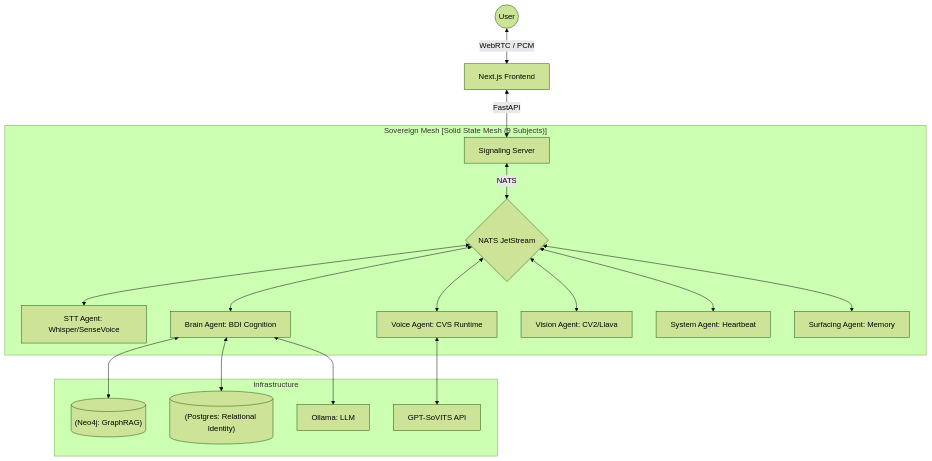
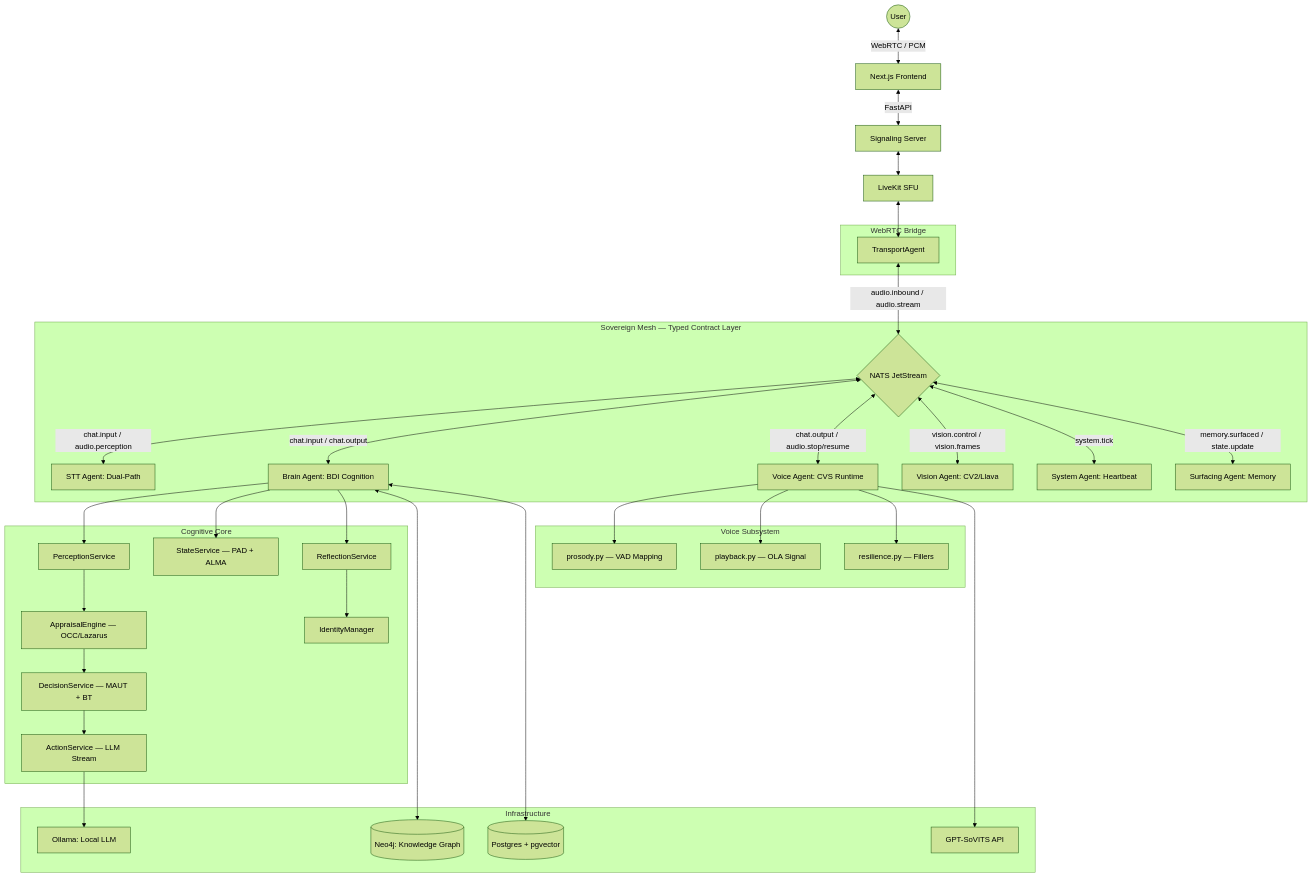
Before and after one commit to Aniket-a14/AI_friend: the first of 2 diagrams in README.md, drawn with Mermaid (forest theme). The commit also changed other lines of this file and 27 other files, not shown here.

Commit message:
chore: CVS-1.0 AI Mesh contracts, SenseVoice API fix, and observability hardening

````diff
--- a/README.md
+++ b/README.md
@@ -49,22 +49,53 @@
 ```mermaid
 graph TD
     User((User)) <--> |"WebRTC / PCM"| Frontend["Next.js Frontend"]
     Frontend <--> |"FastAPI"| Signaling["Signaling Server"]
-    
-    subgraph "Sovereign Mesh [Solid State Mesh (9 Subjects)]"
-        Signaling <--> |"NATS"| Bus{"NATS JetStream"}
-        Bus <--> STT["STT Agent: Whisper/SenseVoice"]
-        Bus <--> Brain["Brain Agent: BDI Cognition"]
-        Bus <--> Voice["Voice Agent: CVS Runtime"]
-        Bus <--> Vision["Vision Agent: CV2/Llava"]
-        Bus <--> Pulse["System Agent: Heartbeat"]
-        Bus <--> Recall["Surfacing Agent: Memory"]
+
+    subgraph "WebRTC Bridge"
+        Transport["TransportAgent"]
     end
-    
+
+    Signaling <--> LK["LiveKit SFU"]
+    LK <--> Transport
+
+    subgraph "Sovereign Mesh — Typed Contract Layer"
+        Transport <--> |"audio.inbound / audio.stream"| Bus{"NATS JetStream"}
+        Bus <--> |"chat.input / audio.perception"| STT["STT Agent: Dual-Path"]
+        Bus <--> |"chat.input / chat.output"| Brain["Brain Agent: BDI Cognition"]
+        Bus <--> |"chat.output / audio.stop/resume"| Voice["Voice Agent: CVS Runtime"]
+        Bus <--> |"vision.control / vision.frames"| Vision["Vision Agent: CV2/Llava"]
+        Bus <--> |"system.tick"| Pulse["System Agent: Heartbeat"]
+        Bus <--> |"memory.surfaced / state.update"| Recall["Surfacing Agent: Memory"]
+    end
+
+    subgraph "Cognitive Core"
+        Perception["PerceptionService"]
+        Appraisal["AppraisalEngine — OCC/Lazarus"]
+        Decision["DecisionService — MAUT + BT"]
+        Action["ActionService — LLM Stream"]
+        State["StateService — PAD + ALMA"]
+        Learning["ReflectionService"]
+        Identity["IdentityManager"]
+    end
+
+    Brain --> Perception --> Appraisal --> Decision --> Action
+    Brain --> State
+    Brain --> Learning --> Identity
+
+    subgraph "Voice Subsystem"
+        Prosody["prosody.py — VAD Mapping"]
+        Playback["playback.py — OLA Signal"]
+        Resilience["resilience.py — Fillers"]
+    end
+
+    Voice --> Prosody
+    Voice --> Playback
+    Voice --> Resilience
+
     subgraph "Infrastructure"
-        Brain <--> Neo4j[("(Neo4j: GraphRAG)")]
-        Brain <--> Postgres[("(Postgres: Relational Identity)")]
-        Brain <--> Ollama["Ollama: LLM"]
-        Voice <--> SoVITS["GPT-SoVITS API"]
+        Brain <--> Neo4j[("Neo4j: Knowledge Graph")]
+        Brain <--> Postgres[("Postgres + pgvector")]
+        Action --> Ollama["Ollama: Local LLM"]
+        Voice --> SoVITS["GPT-SoVITS API"]
     end
 ```
````
